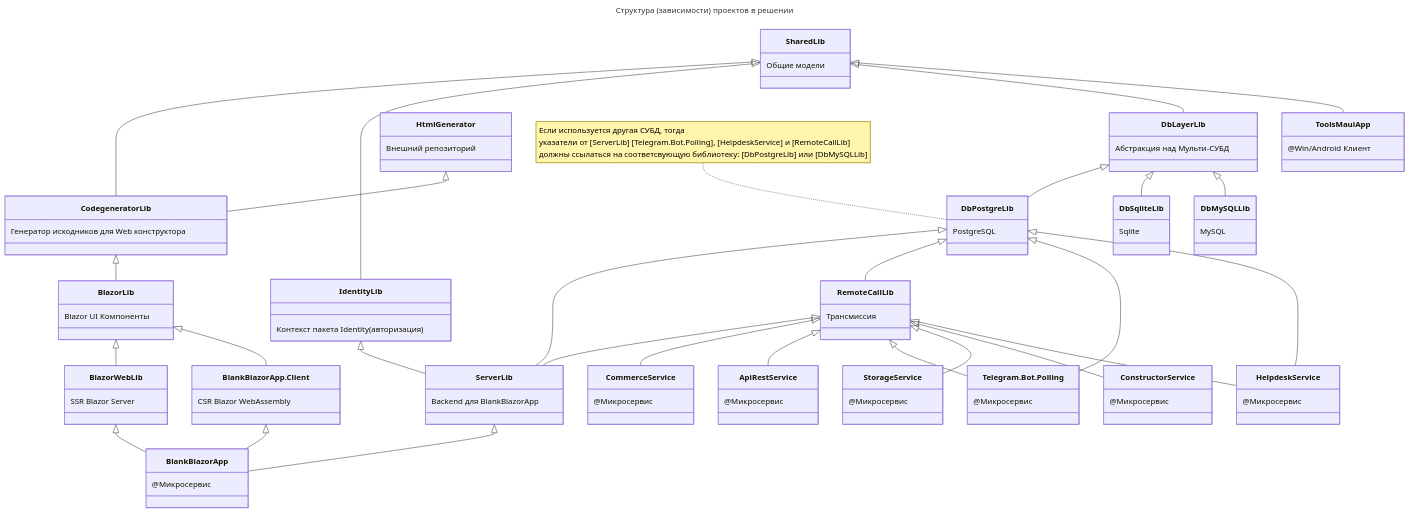
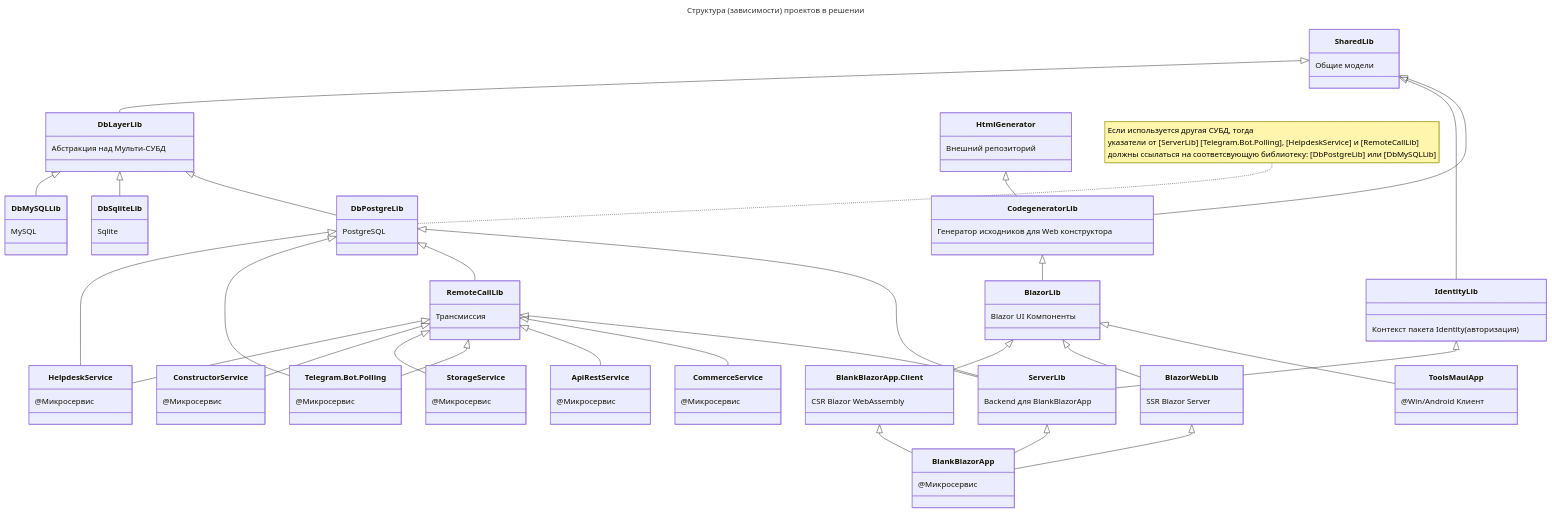
Before and after one commit to badhitman/DesignerApp: the diagram in README.md, drawn with Mermaid. The commit also changed 5 other files, not shown here.

```diff
--- a/README.md
+++ b/README.md
@@ -22,7 +22,7 @@
     SharedLib <|-- CodegeneratorLib
     SharedLib <|-- IdentityLib
     SharedLib <|-- DbLayerLib
-    SharedLib <|-- ToolsMauiApp
+    BlazorLib <|-- ToolsMauiApp
     SharedLib : Общие модели
     IdentityLib <|-- ServerLib
     DbPostgreLib <|-- ServerLib
```
